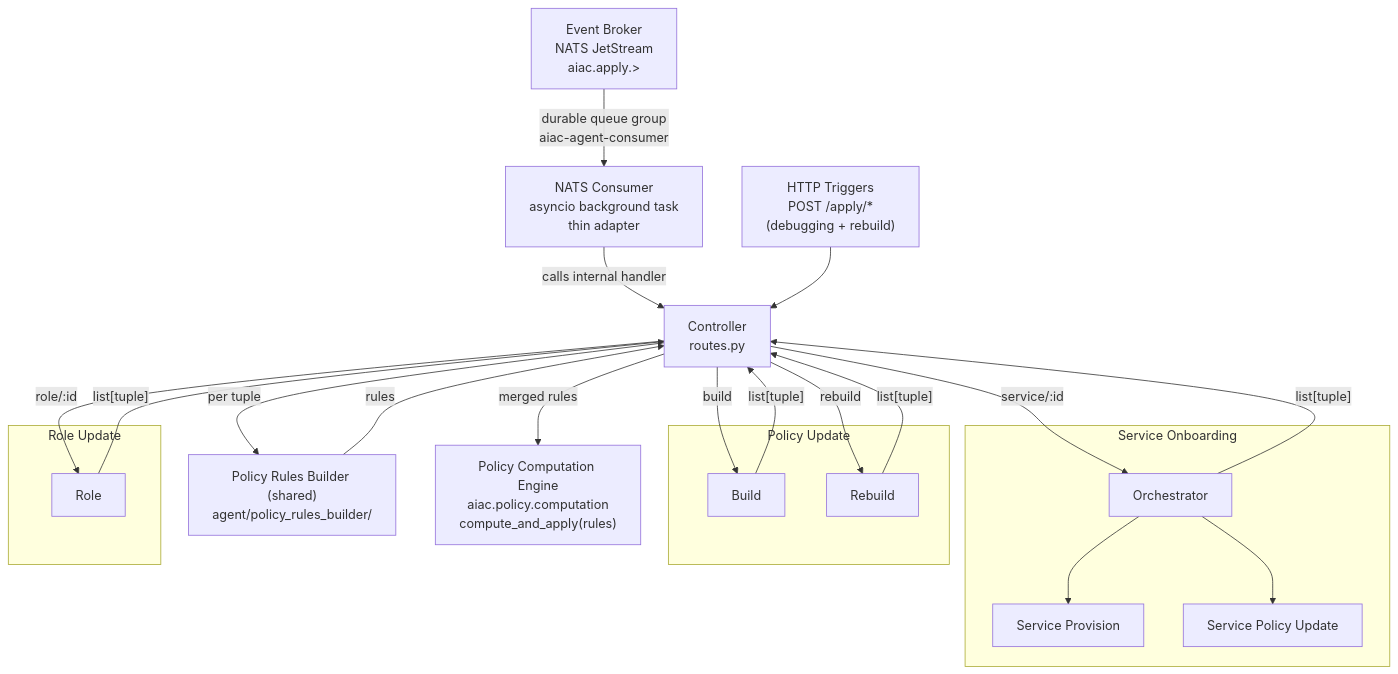
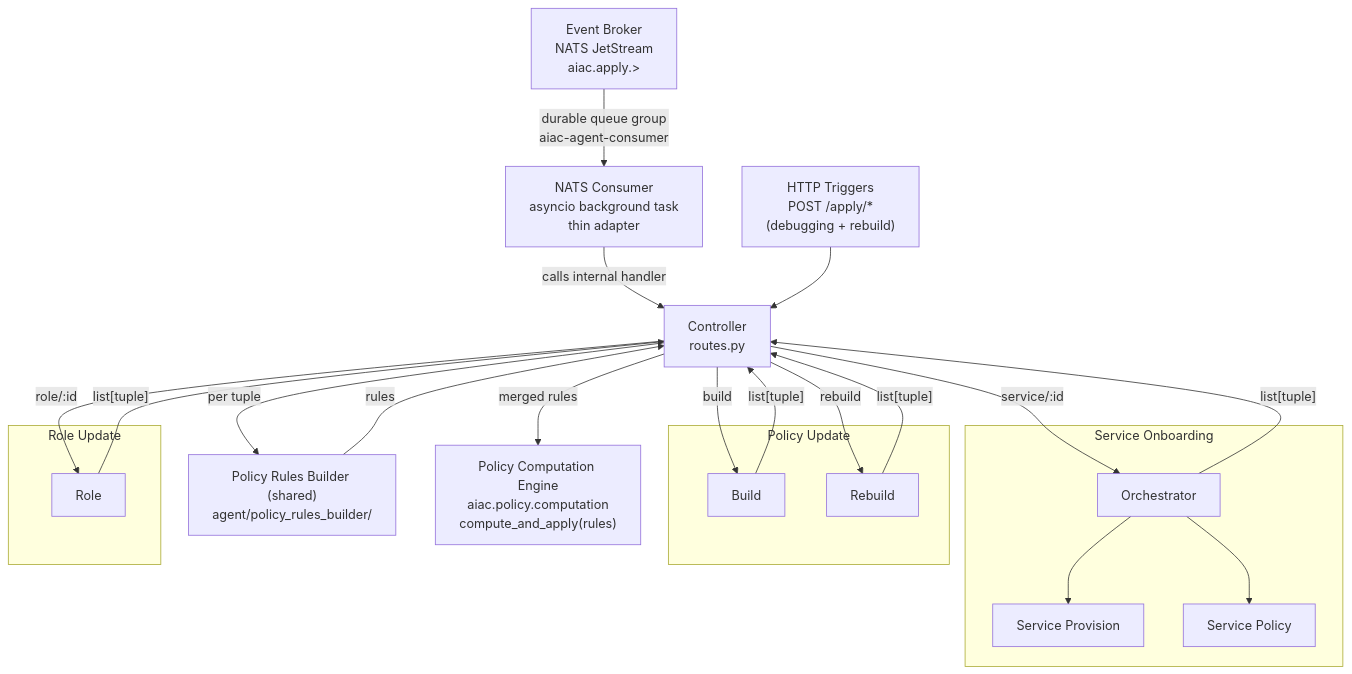
The diagram in inception/requirements/components/aiac-agent.md (rossoctl/aiac), drawn with Mermaid before and after one commit. The commit also changed other lines of this file and 1 other file, not shown here.

Commit message:
docs(aiac-agent): rename Service Policy Update sub-agent to Service Policy

````diff
--- a/inception/requirements/components/aiac-agent.md
+++ b/inception/requirements/components/aiac-agent.md
@@ -28,45 +28,45 @@
 ```mermaid
 flowchart TD
     NATS["Event Broker\nNATS JetStream\naiac.apply.>"]
     NATS_CONSUMER["NATS Consumer\nasyncio background task\nthin adapter"]
     TRIGGERS["HTTP Triggers\nPOST /apply/*\n(debugging + rebuild)"]
     CTRL["Controller\nroutes.py"]
 
     NATS -->|"durable queue group\naiac-agent-consumer"| NATS_CONSUMER
     NATS_CONSUMER -->|"calls internal handler"| CTRL
     TRIGGERS --> CTRL
 
     subgraph CO["Service Onboarding"]
         ORC1["Orchestrator"]
         SA1["Service Provision"]
-        SA2["Service Policy Update"]
+        SA2["Service Policy"]
         ORC1 --> SA1
         ORC1 --> SA2
     end
 
     subgraph PU["Policy Update"]
         SA4["Build"]
         SA5["Rebuild"]
     end
 
     subgraph RR["Role Update"]
         SA6["Role"]
     end
 
     PRB["Policy Rules Builder (shared)\nagent/policy_rules_builder/"]
     PCE["Policy Computation Engine\naiac.policy.computation\ncompute_and_apply(rules)"]
 
     CTRL -->|"service/:id"| ORC1
     CTRL -->|"build"| SA4
     CTRL -->|"rebuild"| SA5
     CTRL -->|"role/:id"| SA6
 
     ORC1 -->|"list[tuple]"| CTRL
     SA4  -->|"list[tuple]"| CTRL
     SA5  -->|"list[tuple]"| CTRL
     SA6  -->|"list[tuple]"| CTRL
 
     CTRL -->|"per tuple"| PRB
     PRB  -->|"rules"| CTRL
     CTRL -->|"merged rules"| PCE
 ```
````
